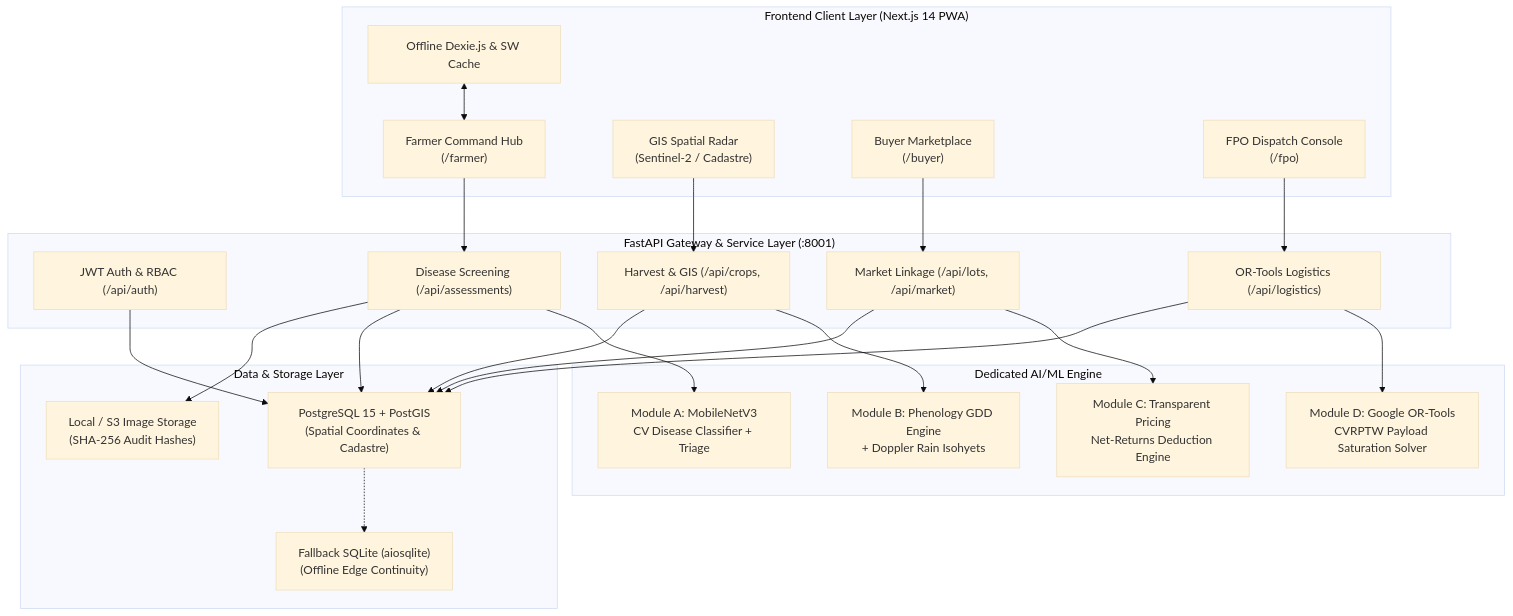
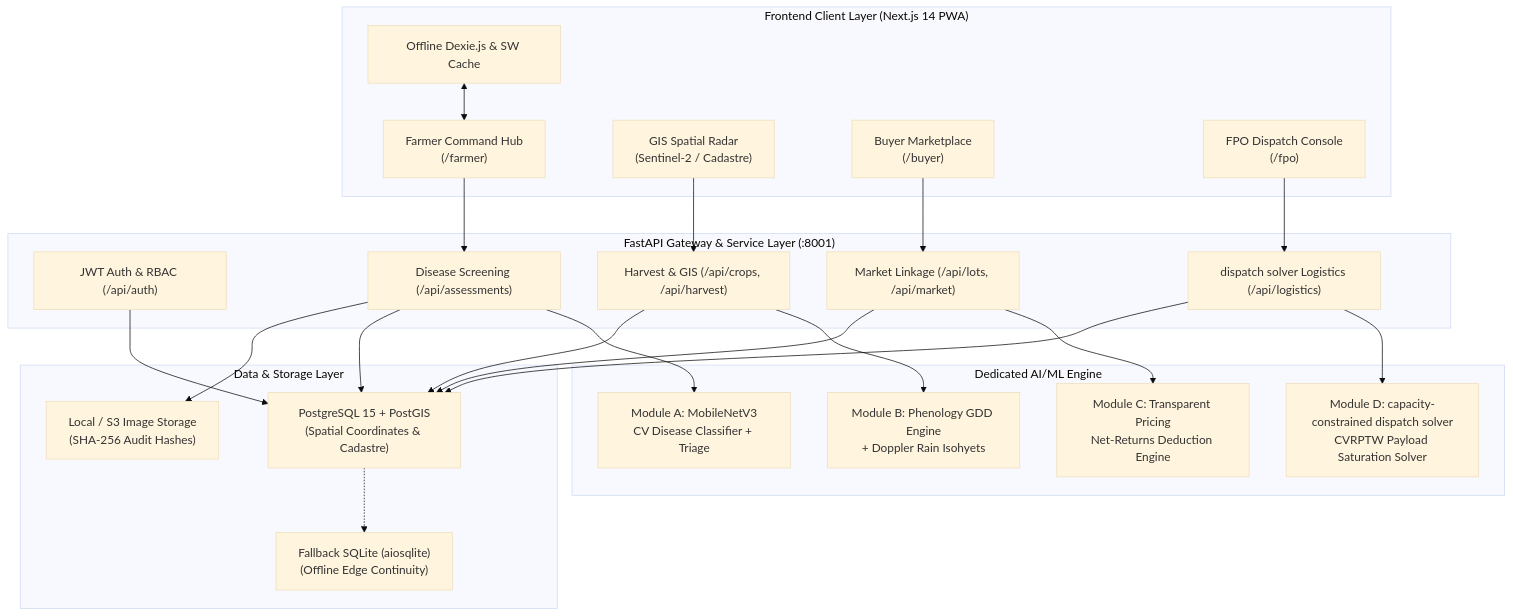
The first of 2 diagrams in Docs/HARVESTLINK_AI_MASTER_DOCUMENTATION.md (Yaiphaba189/INNOTECH-FEST-2.0), drawn with Mermaid (base theme) before and after one commit. The commit also changed other lines of this file and 13 other files, not shown here.

````diff
--- a/Docs/HARVESTLINK_AI_MASTER_DOCUMENTATION.md
+++ b/Docs/HARVESTLINK_AI_MASTER_DOCUMENTATION.md
@@ -67,51 +69,51 @@
 ```mermaid
 flowchart TD
     subgraph ClientLayer ["Frontend Client Layer (Next.js 14 PWA)"]
         UI_Farmer["Farmer Command Hub\n(/farmer)"]
         UI_GIS["GIS Spatial Radar\n(Sentinel-2 / Cadastre)"]
         UI_Buyer["Buyer Marketplace\n(/buyer)"]
         UI_FPO["FPO Dispatch Console\n(/fpo)"]
         PWA_Cache["Offline Dexie.js & SW Cache"]
     end
 
     subgraph APILayer ["FastAPI Gateway & Service Layer (:8001)"]
         API_Auth["JWT Auth & RBAC (/api/auth)"]
         API_Screen["Disease Screening (/api/assessments)"]
         API_Harvest["Harvest & GIS (/api/crops, /api/harvest)"]
         API_Market["Market Linkage (/api/lots, /api/market)"]
-        API_Logistics["OR-Tools Logistics (/api/logistics)"]
+        API_Logistics["dispatch solver Logistics (/api/logistics)"]
     end
 
     subgraph IntelligenceLayer ["Dedicated AI/ML Engine"]
         ModA["Module A: MobileNetV3\nCV Disease Classifier + Triage"]
         ModB["Module B: Phenology GDD Engine\n+ Doppler Rain Isohyets"]
         ModC["Module C: Transparent Pricing\nNet-Returns Deduction Engine"]
-        ModD["Module D: Google OR-Tools\nCVRPTW Payload Saturation Solver"]
+        ModD["Module D: capacity-constrained dispatch solver\nCVRPTW Payload Saturation Solver"]
     end
 
     subgraph DataLayer ["Data & Storage Layer"]
         DB_Postgres["PostgreSQL 15 + PostGIS\n(Spatial Coordinates & Cadastre)"]
         DB_SQLite["Fallback SQLite (aiosqlite)\n(Offline Edge Continuity)"]
         Storage_Media["Local / S3 Image Storage\n(SHA-256 Audit Hashes)"]
     end
 
     UI_Farmer --> API_Screen
     UI_GIS --> API_Harvest
     UI_Buyer --> API_Market
     UI_FPO --> API_Logistics
     PWA_Cache <--> UI_Farmer
 
     API_Screen --> ModA
     API_Harvest --> ModB
     API_Market --> ModC
     API_Logistics --> ModD
 
     API_Auth --> DB_Postgres
     API_Screen --> DB_Postgres
     API_Harvest --> DB_Postgres
     API_Market --> DB_Postgres
     API_Logistics --> DB_Postgres
 
     DB_Postgres -.-> DB_SQLite
     API_Screen --> Storage_Media
 ```
````
